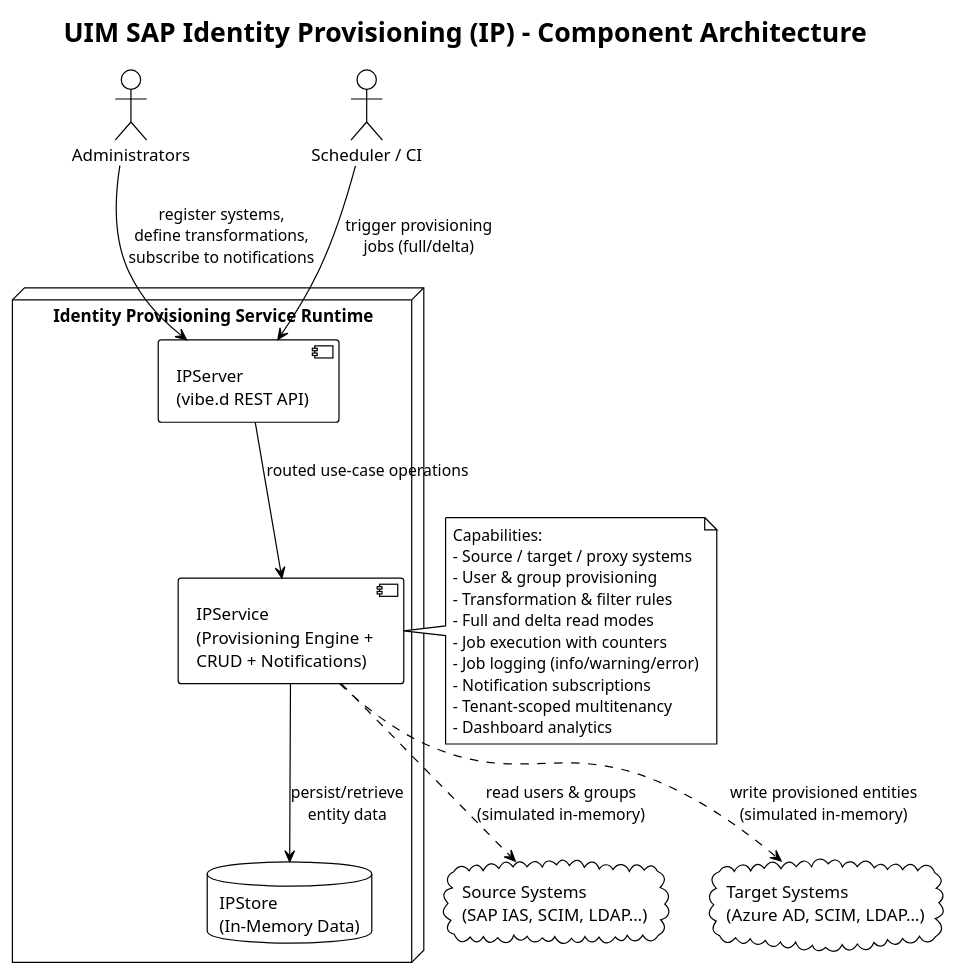
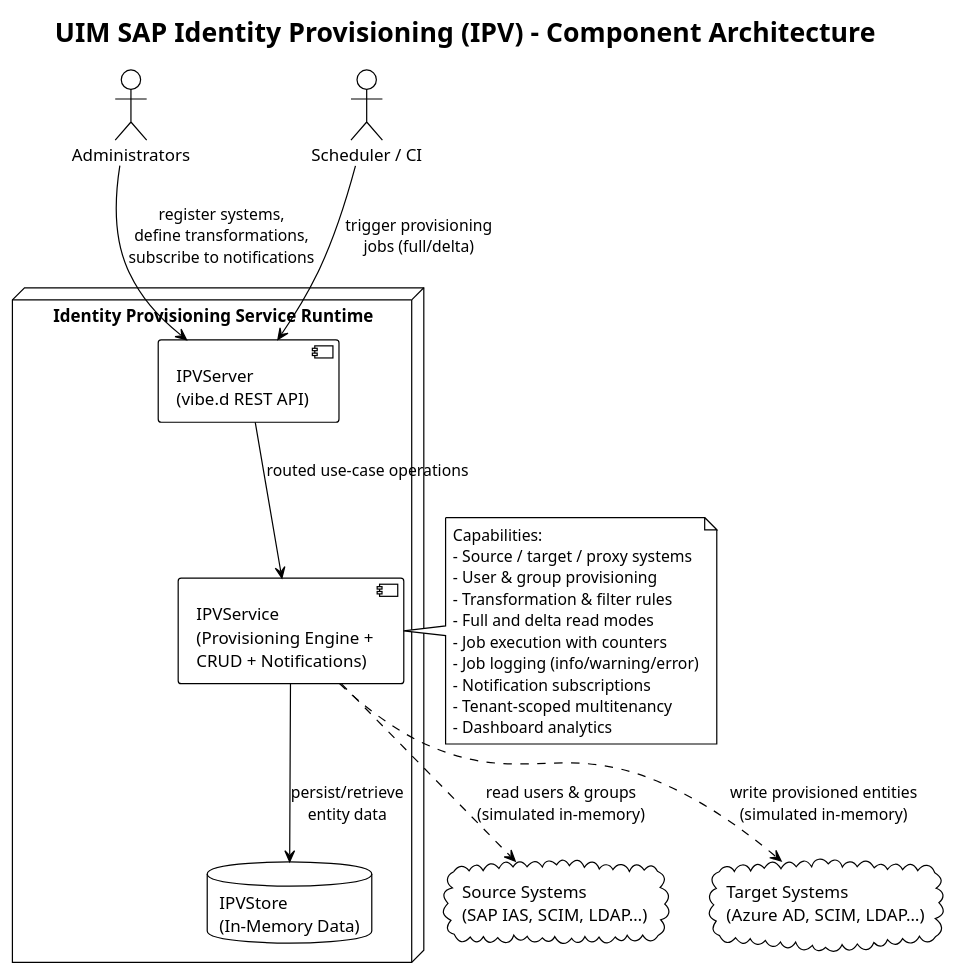
One commit to UIMSolutions/uim-sap-services changed the diagram in identity-provisioning/docs/uml/component-architecture.puml. Above: the diagram before and after it, drawn with PlantUML. The commit also changed 38 other files, not shown here.

```diff
--- a/identity-provisioning/docs/uml/component-architecture.puml
+++ b/identity-provisioning/docs/uml/component-architecture.puml
@@ -1,39 +1,39 @@
 @startuml component_architecture
 !theme plain
 
-title UIM SAP Identity Provisioning (IP) - Component Architecture
+title UIM SAP Identity Provisioning (IPV) - Component Architecture
 
 actor "Administrators" as Admin
 actor "Scheduler / CI" as Scheduler
 
 node "Identity Provisioning Service Runtime" {
-  component "IPServer\n(vibe.d REST API)" as Api
-  component "IPService\n(Provisioning Engine +\nCRUD + Notifications)" as Domain
-  database "IPStore\n(In-Memory Data)" as Store
+  component "IPVServer\n(vibe.d REST API)" as Api
+  component "IPVService\n(Provisioning Engine +\nCRUD + Notifications)" as Domain
+  database "IPVStore\n(In-Memory Data)" as Store
 }
 
 cloud "Source Systems\n(SAP IAS, SCIM, LDAP…)" as Src
 cloud "Target Systems\n(Azure AD, SCIM, LDAP…)" as Tgt
 
 Admin --> Api : register systems,\ndefine transformations,\nsubscribe to notifications
 Scheduler --> Api : trigger provisioning\njobs (full/delta)
 Api --> Domain : routed use-case operations
 Domain --> Store : persist/retrieve\nentity data
 
 Domain ..> Src : read users & groups\n(simulated in-memory)
 Domain ..> Tgt : write provisioned entities\n(simulated in-memory)
 
 note right of Domain
 Capabilities:
 - Source / target / proxy systems
 - User & group provisioning
 - Transformation & filter rules
 - Full and delta read modes
 - Job execution with counters
 - Job logging (info/warning/error)
 - Notification subscriptions
 - Tenant-scoped multitenancy
 - Dashboard analytics
 end note
 
 @enduml
```
